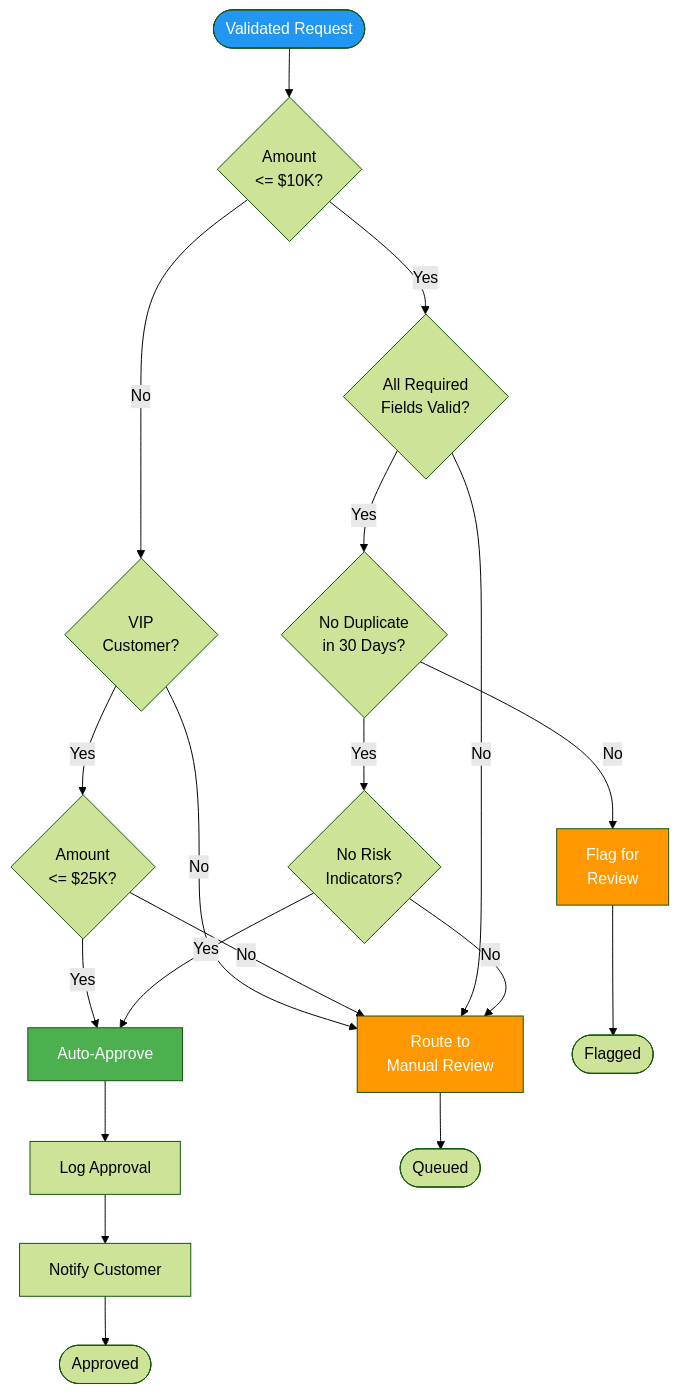
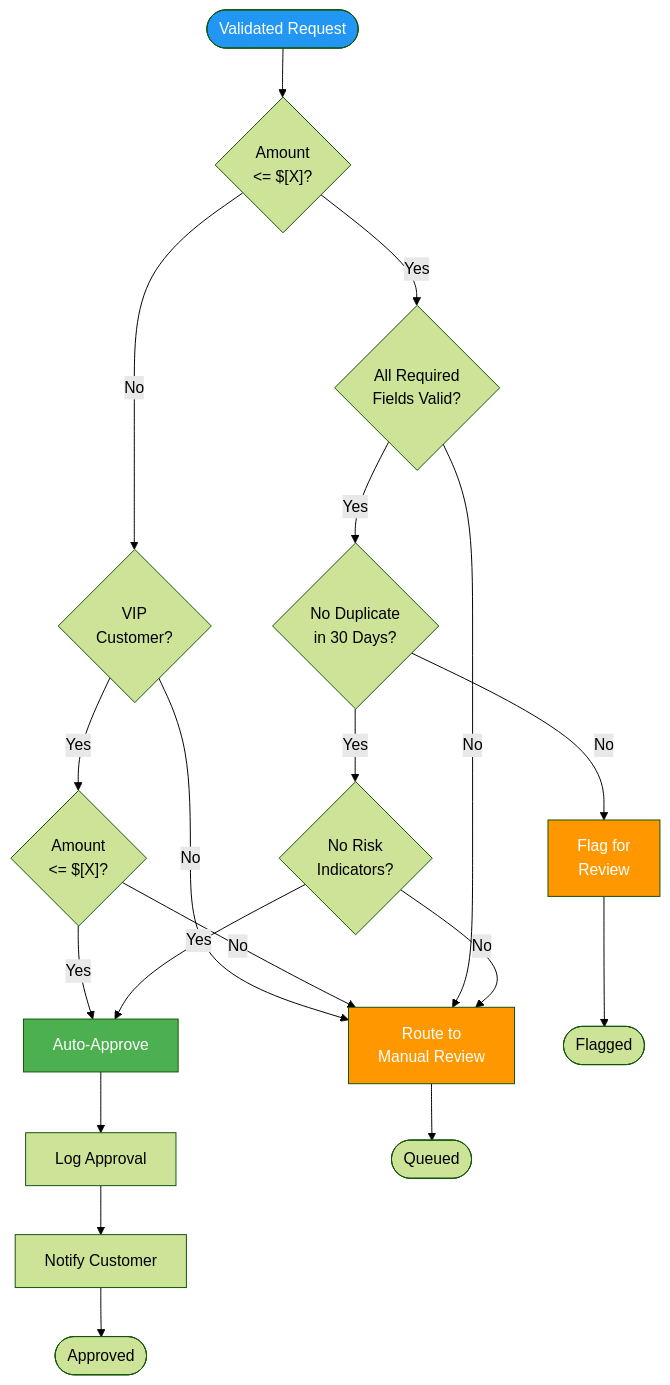
Before and after one commit to oat431/swe-knowledge: the third of 5 diagrams in document-template/04_Requirements_Engineering/Activity-Diagrams.md, drawn with Mermaid (forest theme). The commit also changed other lines of this file and 50 other files, not shown here.

````diff
--- a/document-template/04_Requirements_Engineering/Activity-Diagrams.md
+++ b/document-template/04_Requirements_Engineering/Activity-Diagrams.md
@@ -122,26 +122,26 @@
 ```mermaid
 flowchart TD
-    START([Validated Request]) --> CHECK_1{Amount<br><= $10K?}
+    START([Validated Request]) --> CHECK_1{"Amount<br><= $[X]?"}
     CHECK_1 -->|No| CHECK_VIP{VIP<br>Customer?}
     CHECK_1 -->|Yes| CHECK_2{All Required<br>Fields Valid?}
     CHECK_VIP -->|No| MANUAL[Route to<br>Manual Review]
-    CHECK_VIP -->|Yes| CHECK_VIP_AMT{Amount<br><= $25K?}
+    CHECK_VIP -->|Yes| CHECK_VIP_AMT{"Amount<br><= $[X]?"}
     CHECK_VIP_AMT -->|Yes| APPROVE[Auto-Approve]
     CHECK_VIP_AMT -->|No| MANUAL
     CHECK_2 -->|No| MANUAL
     CHECK_2 -->|Yes| CHECK_3{No Duplicate<br>in 30 Days?}
     CHECK_3 -->|No| FLAG[Flag for<br>Review]
     CHECK_3 -->|Yes| CHECK_4{No Risk<br>Indicators?}
     CHECK_4 -->|No| MANUAL
     CHECK_4 -->|Yes| APPROVE
     APPROVE --> LOG[Log Approval]
     LOG --> NOTIFY[Notify Customer]
     NOTIFY --> END([Approved])
     MANUAL --> END_M([Queued])
     FLAG --> END_F([Flagged])
 
     style START fill:#2196F3,color:#fff
     style APPROVE fill:#4CAF50,color:#fff
     style MANUAL fill:#FF9800,color:#fff
     style FLAG fill:#FF9800,color:#fff
 ```
````
